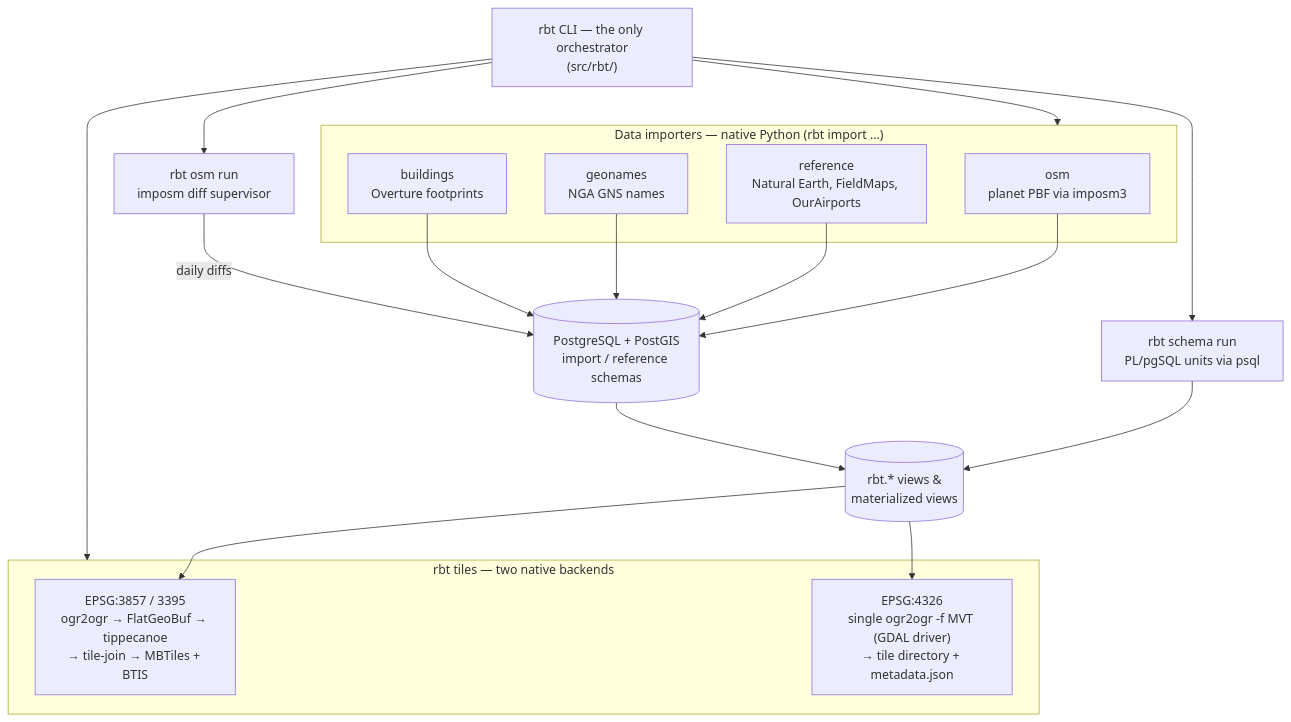
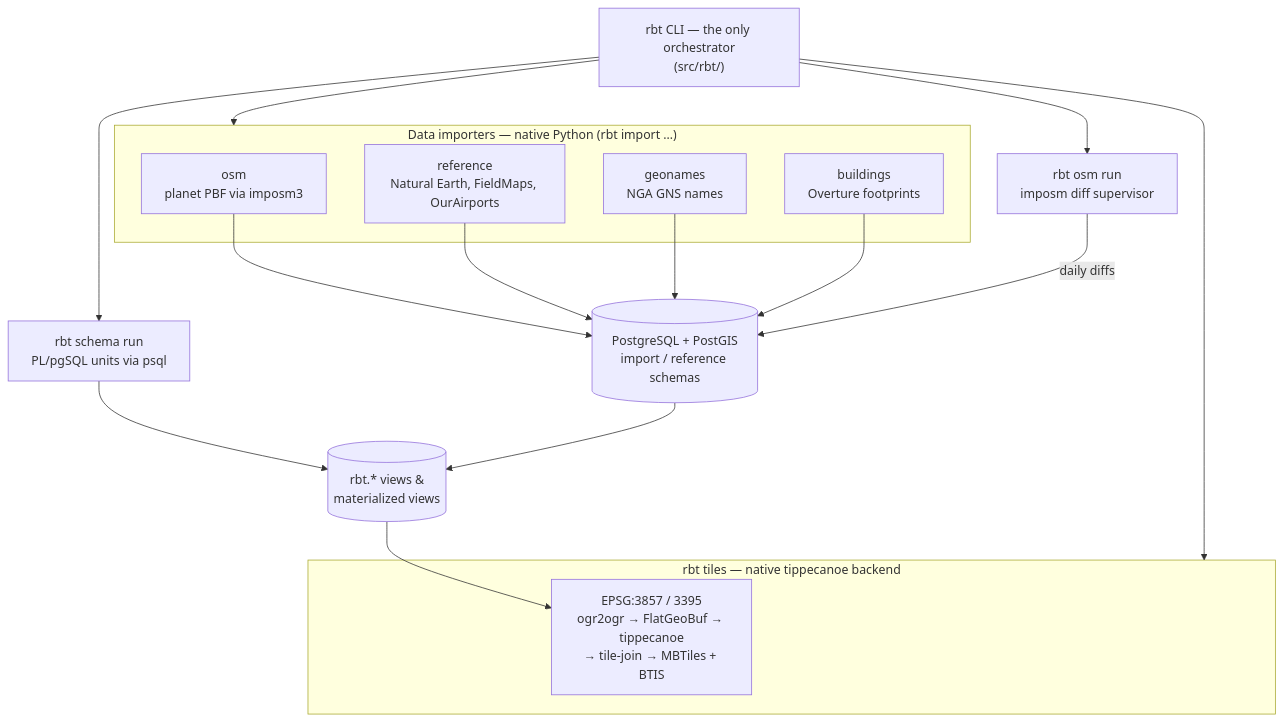
Before and after one commit to mjj203/rbt-data-generator: the first of 4 diagrams in docs/architecture.md, drawn with Mermaid. The commit also changed other lines of this file and 35 other files, not shown here.

````diff
--- a/docs/architecture.md
+++ b/docs/architecture.md
@@ -18,35 +18,33 @@
 ```mermaid
 graph TD
     CLI["rbt CLI — the only orchestrator<br/>(src/rbt/)"]
 
     subgraph importers["Data importers — native Python (rbt import …)"]
         OSM["osm<br/>planet PBF via imposm3"]
         REF["reference<br/>Natural Earth, FieldMaps, OurAirports"]
         GEO["geonames<br/>NGA GNS names"]
         BLD["buildings<br/>Overture footprints"]
     end
 
     DB[("PostgreSQL + PostGIS<br/>import / reference schemas")]
     SCHEMA["rbt schema run<br/>PL/pgSQL units via psql"]
     VIEWS[("rbt.* views &<br/>materialized views")]
     UPD["rbt osm run<br/>imposm diff supervisor"]
 
-    subgraph tiles["rbt tiles — two native backends"]
+    subgraph tiles["rbt tiles — native tippecanoe backend"]
         MERC["EPSG:3857 / 3395<br/>ogr2ogr → FlatGeoBuf → tippecanoe<br/>→ tile-join → MBTiles + BTIS"]
-        MVT["EPSG:4326<br/>single ogr2ogr -f MVT (GDAL driver)<br/>→ tile directory + metadata.json"]
     end
 
     CLI --> importers
     CLI --> SCHEMA
     CLI --> UPD
     CLI --> tiles
     OSM --> DB
     REF --> DB
     GEO --> DB
     BLD --> DB
     UPD -->|daily diffs| DB
     SCHEMA --> VIEWS
     DB --> VIEWS
     VIEWS --> MERC
-    VIEWS --> MVT
 ```
````
